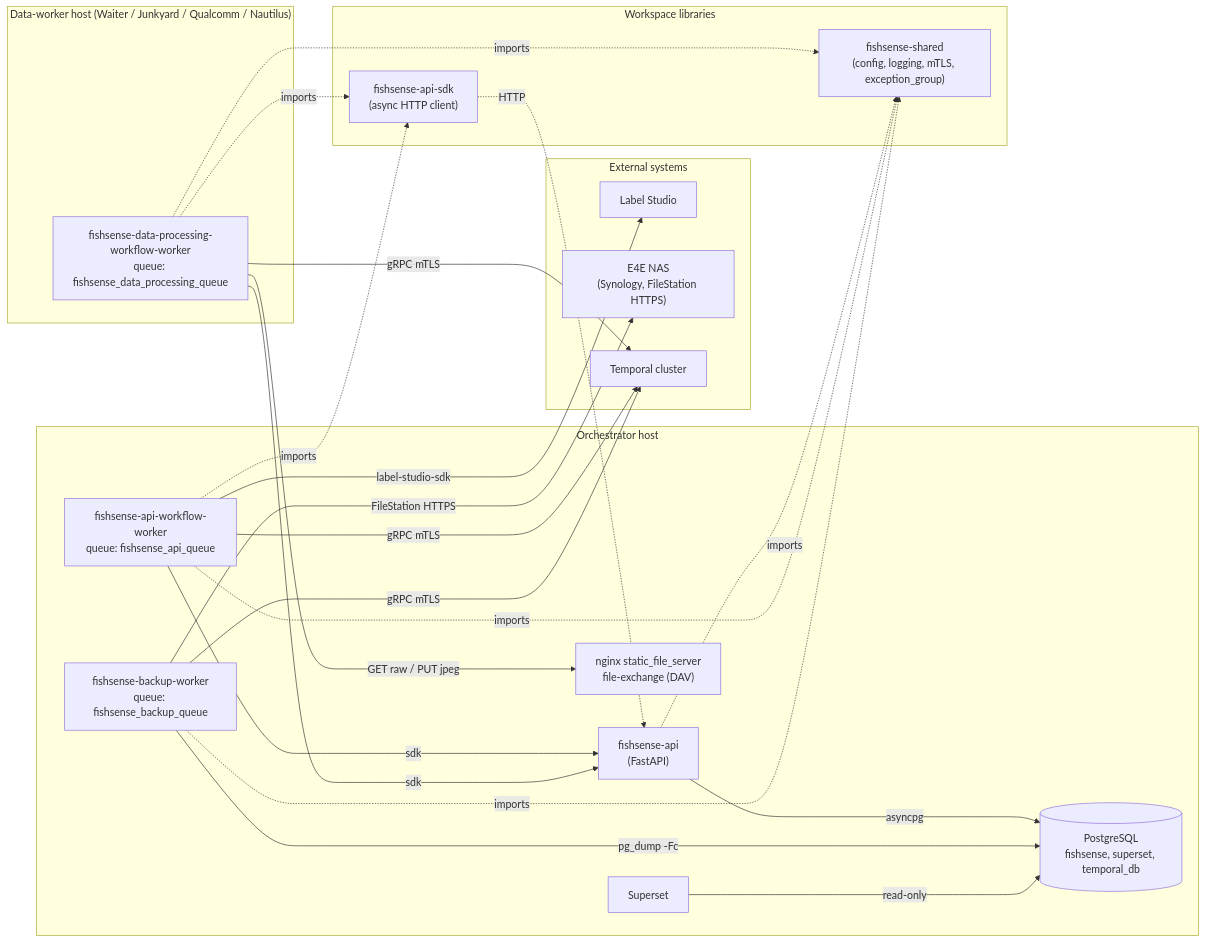
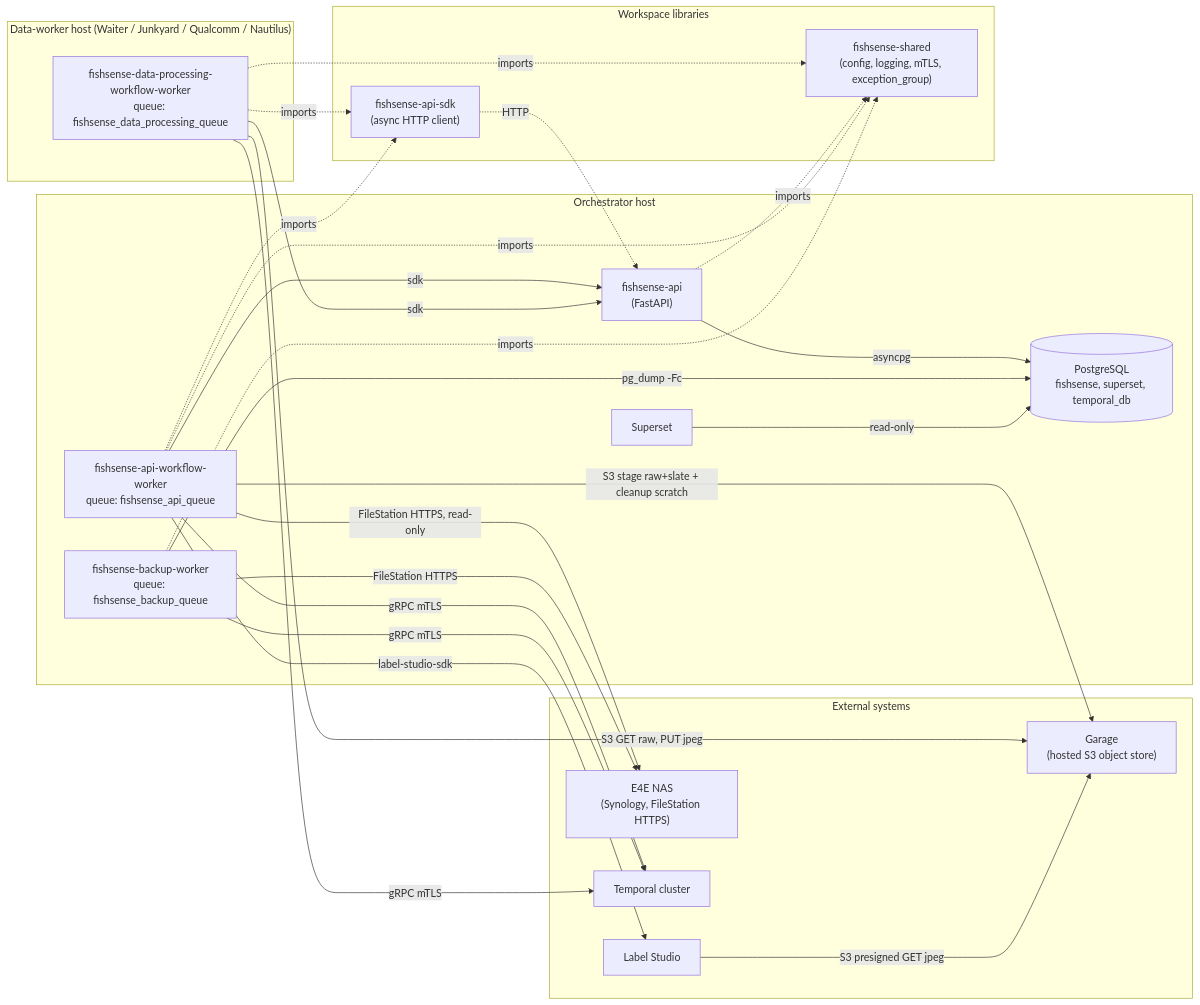
Before and after one commit to UCSD-E4E/fishsense-lite: the first of 8 diagrams in docs/diagrams.md, drawn with Mermaid. The commit also changed other lines of this file, not shown here.

First line of the commit message:
docs: redraw architecture diagrams for the Garage object-store migration

````diff
--- a/docs/diagrams.md
+++ b/docs/diagrams.md
@@ -25,47 +22,50 @@
 ```mermaid
 flowchart LR
     subgraph EXT[External systems]
         LS[Label Studio]
         NAS["E4E NAS<br/>(Synology, FileStation HTTPS)"]
+        GAR["Garage<br/>(hosted S3 object store)"]
         TC["Temporal cluster"]
     end
 
     subgraph ORCH["Orchestrator host"]
         API["fishsense-api<br/>(FastAPI)"]
         APIWW["fishsense-api-workflow-worker<br/>queue: fishsense_api_queue"]
         BUW["fishsense-backup-worker<br/>queue: fishsense_backup_queue"]
         PG[("PostgreSQL<br/>fishsense, superset, temporal_db")]
-        FX["nginx static_file_server<br/>file-exchange (DAV)"]
         SUP["Superset"]
     end
 
     subgraph DWHOST["Data-worker host (Waiter / Junkyard / Qualcomm / Nautilus)"]
         DPW["fishsense-data-processing-workflow-worker<br/>queue: fishsense_data_processing_queue"]
     end
 
     subgraph LIBS["Workspace libraries"]
         SHARED["fishsense-shared<br/>(config, logging, mTLS, exception_group)"]
         SDK["fishsense-api-sdk<br/>(async HTTP client)"]
     end
 
     API   --->|asyncpg| PG
     APIWW --->|sdk| API
     APIWW --->|label-studio-sdk| LS
     APIWW --->|gRPC mTLS| TC
+    APIWW --->|FileStation HTTPS, read-only| NAS
+    APIWW --->|S3 stage raw+slate + cleanup scratch| GAR
     DPW   --->|sdk| API
     DPW   --->|gRPC mTLS| TC
-    DPW   --->|GET raw / PUT jpeg| FX
+    DPW   --->|S3 GET raw, PUT jpeg| GAR
+    LS    --->|S3 presigned GET jpeg| GAR
     BUW   --->|pg_dump -Fc| PG
     BUW   --->|FileStation HTTPS| NAS
     BUW   --->|gRPC mTLS| TC
     SUP   --->|read-only| PG
 
     %% Library deps (workspace)
     API   -.->|imports| SHARED
     APIWW -.->|imports| SHARED
     APIWW -.->|imports| SDK
     DPW   -.->|imports| SHARED
     DPW   -.->|imports| SDK
     BUW   -.->|imports| SHARED
     SDK   -.->|HTTP| API
 ```
````
